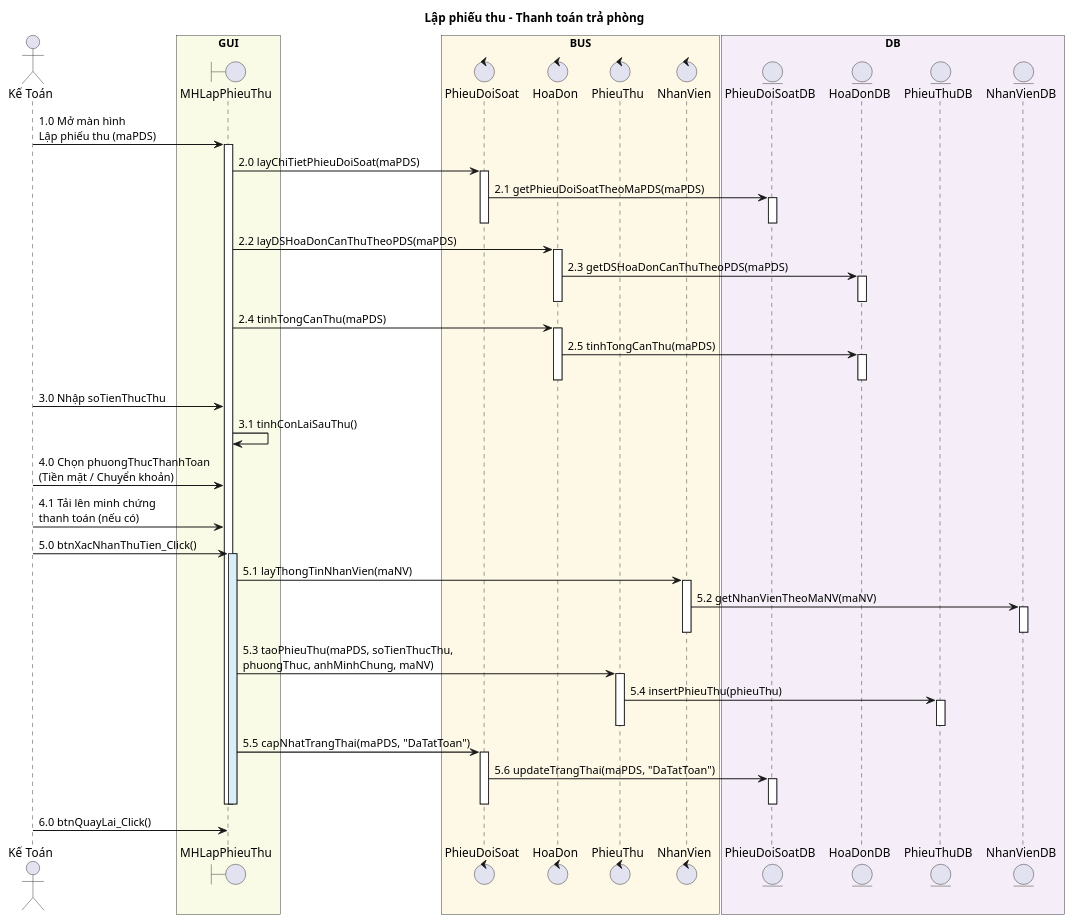
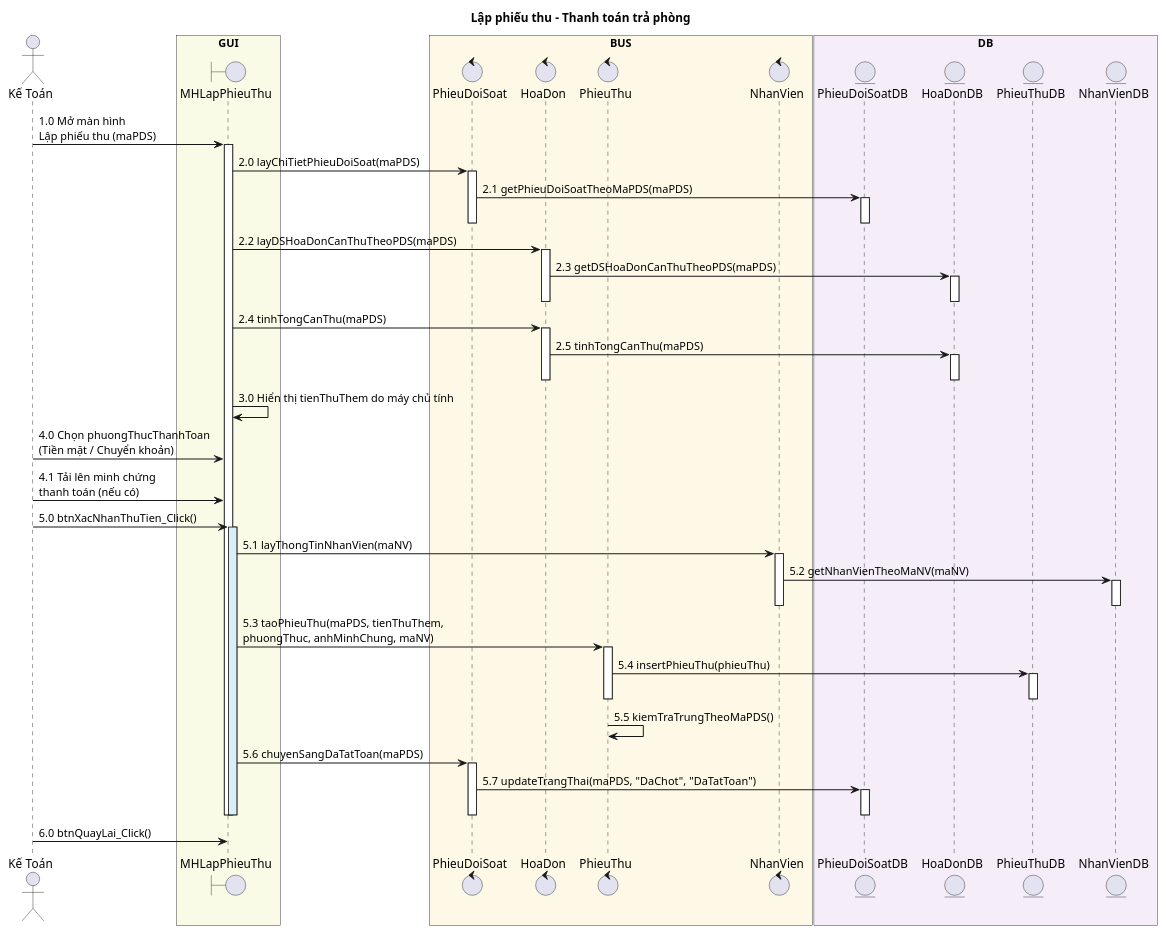
One commit to Ming1309/HomeStay-Dorm changed the diagram in docs/uml/lap-phieu-thu-sequence.puml. Above: the diagram before and after it, drawn with PlantUML. The commit also changed 34 other files, not shown here.

```diff
--- a/docs/uml/lap-phieu-thu-sequence.puml
+++ b/docs/uml/lap-phieu-thu-sequence.puml
@@ -1,101 +1,101 @@
 @startuml LapPhieuThu_Sequence
 
 skinparam sequenceArrowThickness 1.2
 skinparam shadowing false
 skinparam sequenceMessageAlign left
 
 title Lập phiếu thu - Thanh toán trả phòng
 
 actor "Kế Toán" as KT
 
 box "GUI" #F9FBE7
     boundary "MHLapPhieuThu" as MH
 end box
 
 box "BUS" #FEF9E7
     control "PhieuDoiSoat" as PDS
     control "HoaDon" as HD
     control "PhieuThu" as PT
     control "NhanVien" as NV
 end box
 
 box "DB" #F5EEF8
     entity "PhieuDoiSoatDB" as PDSDB
     entity "HoaDonDB" as HDDB
     entity "PhieuThuDB" as PTDB
     entity "NhanVienDB" as NVDB
 end box
 
 ' =====================
 ' KHỞI TẠO MÀN HÌNH
 ' =====================
 
 KT -> MH : 1.0 Mở màn hình\nLập phiếu thu (maPDS)
 activate MH
 
 MH -> PDS : 2.0 layChiTietPhieuDoiSoat(maPDS)
 activate PDS
 PDS -> PDSDB : 2.1 getPhieuDoiSoatTheoMaPDS(maPDS)
 activate PDSDB
 deactivate PDSDB
 deactivate PDS
 
 MH -> HD : 2.2 layDSHoaDonCanThuTheoPDS(maPDS)
 activate HD
 HD -> HDDB : 2.3 getDSHoaDonCanThuTheoPDS(maPDS)
 activate HDDB
 deactivate HDDB
 deactivate HD
 
 MH -> HD : 2.4 tinhTongCanThu(maPDS)
 activate HD
 HD -> HDDB : 2.5 tinhTongCanThu(maPDS)
 activate HDDB
 deactivate HDDB
 deactivate HD
 
 ' =====================
 ' NHẬP LIỆU
 ' =====================
 
-KT -> MH : 3.0 Nhập soTienThucThu
-MH -> MH : 3.1 tinhConLaiSauThu()
+MH -> MH : 3.0 Hiển thị tienThuThem do máy chủ tính
 
 KT -> MH : 4.0 Chọn phuongThucThanhToan\n(Tiền mặt / Chuyển khoản)
 
 KT -> MH : 4.1 Tải lên minh chứng\nthanh toán (nếu có)
 
 ' =====================
 ' XÁC NHẬN THU TIỀN
 ' =====================
 
 KT -> MH : 5.0 btnXacNhanThuTien_Click()
 activate MH #DAEEF8
 
 MH -> NV : 5.1 layThongTinNhanVien(maNV)
 activate NV
 NV -> NVDB : 5.2 getNhanVienTheoMaNV(maNV)
 activate NVDB
 deactivate NVDB
 deactivate NV
 
-MH -> PT : 5.3 taoPhieuThu(maPDS, soTienThucThu,\nphuongThuc, anhMinhChung, maNV)
+MH -> PT : 5.3 taoPhieuThu(maPDS, tienThuThem,\nphuongThuc, anhMinhChung, maNV)
 activate PT
 PT -> PTDB : 5.4 insertPhieuThu(phieuThu)
 activate PTDB
 deactivate PTDB
 deactivate PT
 
-MH -> PDS : 5.5 capNhatTrangThai(maPDS, "DaTatToan")
+PT -> PT : 5.5 kiemTraTrungTheoMaPDS()
+MH -> PDS : 5.6 chuyenSangDaTatToan(maPDS)
 activate PDS
-PDS -> PDSDB : 5.6 updateTrangThai(maPDS, "DaTatToan")
+PDS -> PDSDB : 5.7 updateTrangThai(maPDS, "DaChot", "DaTatToan")
 activate PDSDB
 deactivate PDSDB
 deactivate PDS
 
 deactivate MH
 deactivate MH
 
 KT -> MH : 6.0 btnQuayLai_Click()
 
 @enduml
```
